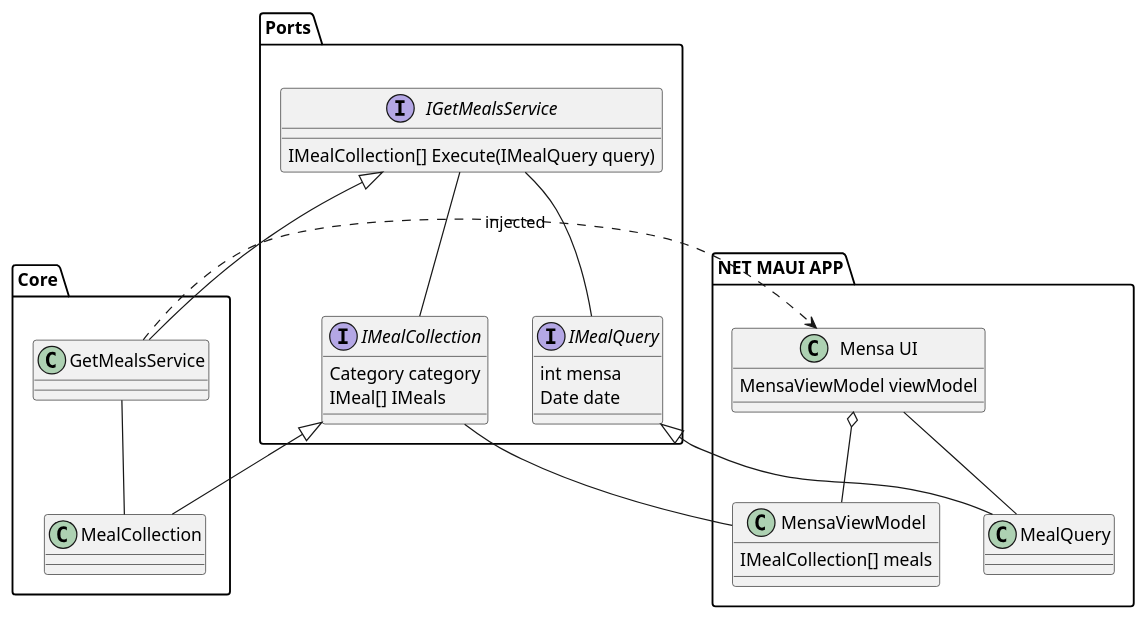
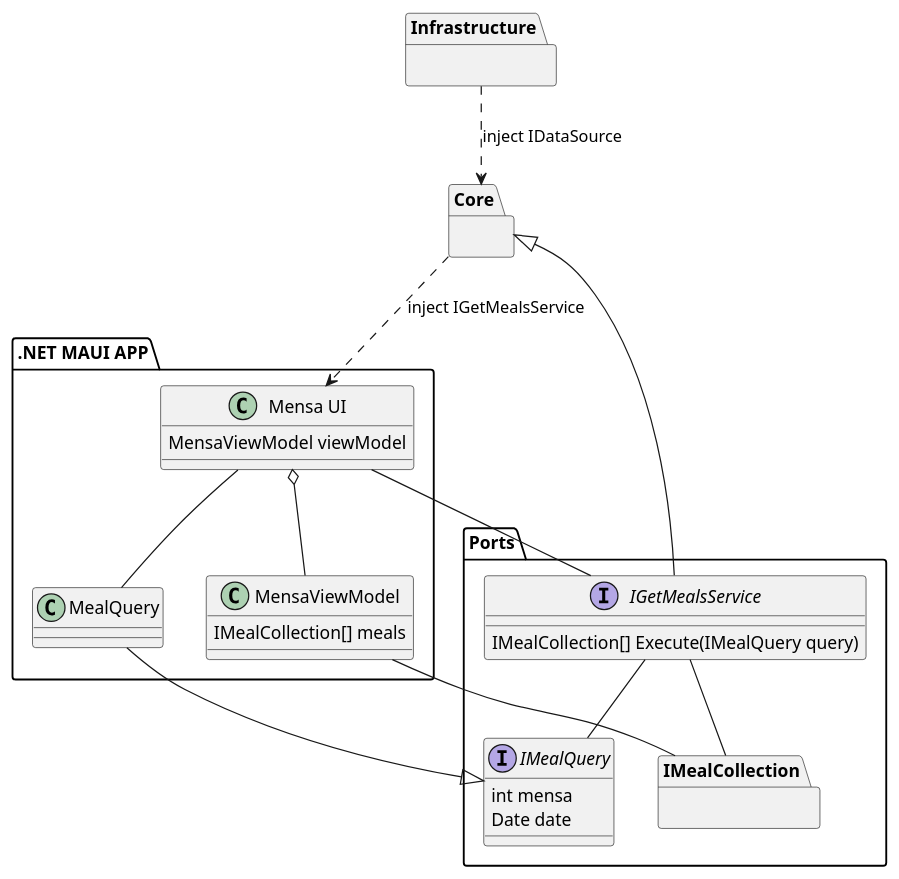
The diagram in BausteineMensaC.pu (RobinNunkesser/plantuml), drawn with PlantUML before and after one commit. The commit also changed 2 other files, not shown here.

```diff
--- a/BausteineMensaC.pu
+++ b/BausteineMensaC.pu
@@ -1,57 +1,53 @@
 @startuml
 
 package Ports {
 
 
-        interface IMealCollection {
-                Category category
-                IMeal[] IMeals
+        package IMealCollection {
         }
 
         interface IMealQuery {
                 int mensa
                 Date date
         }
 
         interface IGetMealsService {
                IMealCollection[] Execute(IMealQuery query)
         }
 
 }
 
-package Core {
-        class GetMealsService {
+package Infrastructure {
 
-        }
-
-        class MealCollection {
-
-        }
 }
 
-package ".NET MAUI APP" {
+package Core {
+}
+
+package ".NET MAUI APP" as App {
 class "Mensa UI" as MensaView {
 	MensaViewModel viewModel
 }
 class MensaViewModel {
 	IMealCollection[] meals
 }
 class MealQuery {
 
 }
 }
 
 IGetMealsService -- IMealCollection
 IGetMealsService -- IMealQuery
 MensaView o-- MensaViewModel
 MensaViewModel -- IMealCollection
-IMealCollection <|-- MealCollection
 IMealQuery <|-- MealQuery
-IGetMealsService <|-- GetMealsService
 MensaView -- MealQuery
-GetMealsService ..> MensaView : injected
 'IGetMealsService -- MensaView 
 'IDataSource -- GetMealsService
-GetMealsService -- MealCollection
+Infrastructure ..> Core : inject IDataSource
+Core ..> MensaView : inject IGetMealsService
+MensaView -- IGetMealsService
+Core <|-- IGetMealsService
+
 
 @enduml
```
